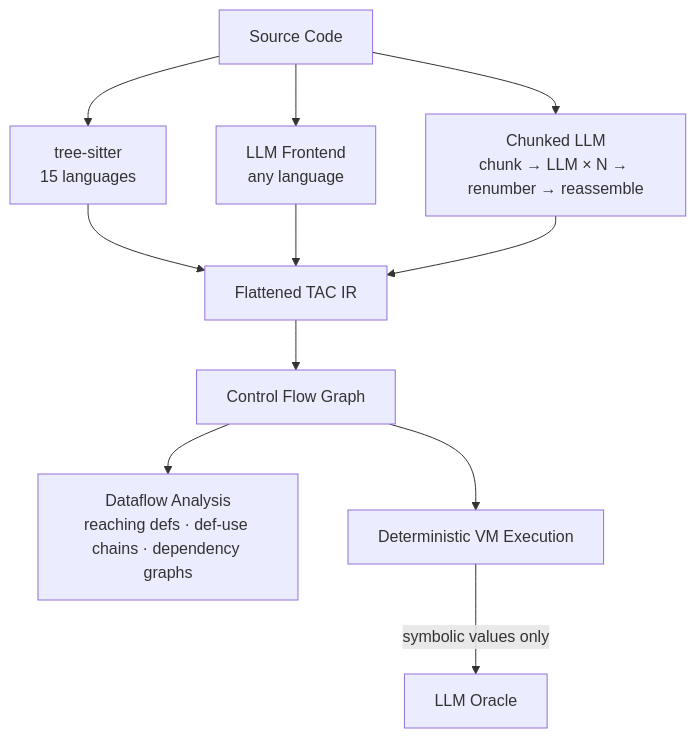
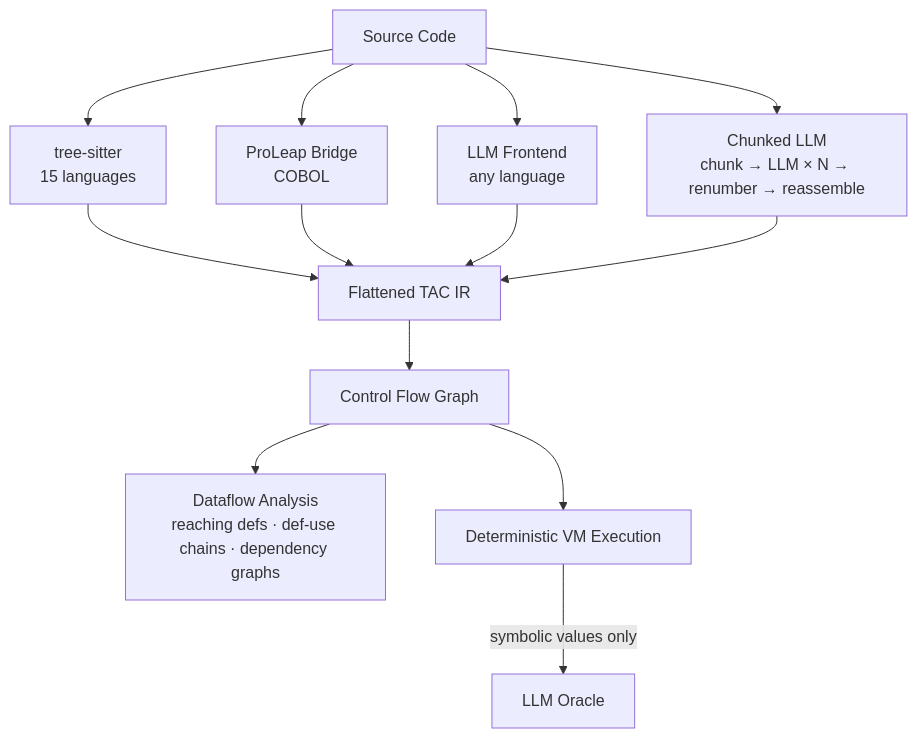
The first of 3 diagrams in README.md (avishek-sen-gupta/red-dragon), drawn with Mermaid before and after one commit. The commit also changed other lines of this file and 33 other files, not shown here.

````diff
--- a/README.md
+++ b/README.md
@@ -19,15 +19,17 @@
 ```mermaid
 flowchart TD
     SRC[Source Code] --> DET["tree-sitter<br>15 languages"]
+    SRC --> COBOL["ProLeap Bridge<br>COBOL"]
     SRC --> LLM["LLM Frontend<br>any language"]
     SRC --> CHUNK["Chunked LLM<br>chunk → LLM × N → renumber → reassemble"]
 
     DET --> IR[Flattened TAC IR]
+    COBOL --> IR
     LLM --> IR
     CHUNK --> IR
 
     IR --> CFG[Control Flow Graph]
     CFG --> DF["Dataflow Analysis<br>reaching defs · def-use chains · dependency graphs"]
     CFG --> VM[Deterministic VM Execution]
     VM -->|symbolic values only| ORACLE[LLM Oracle]
 ```
````
